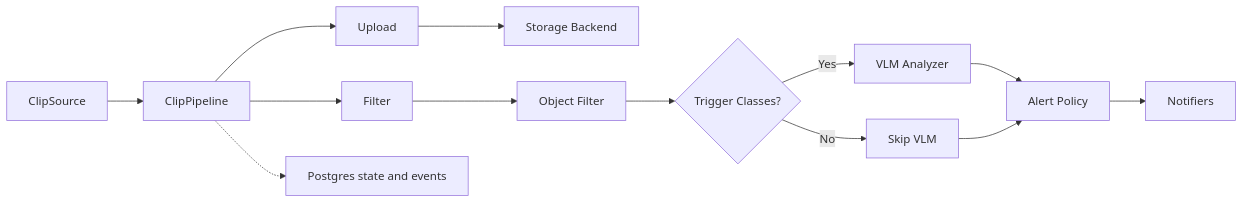
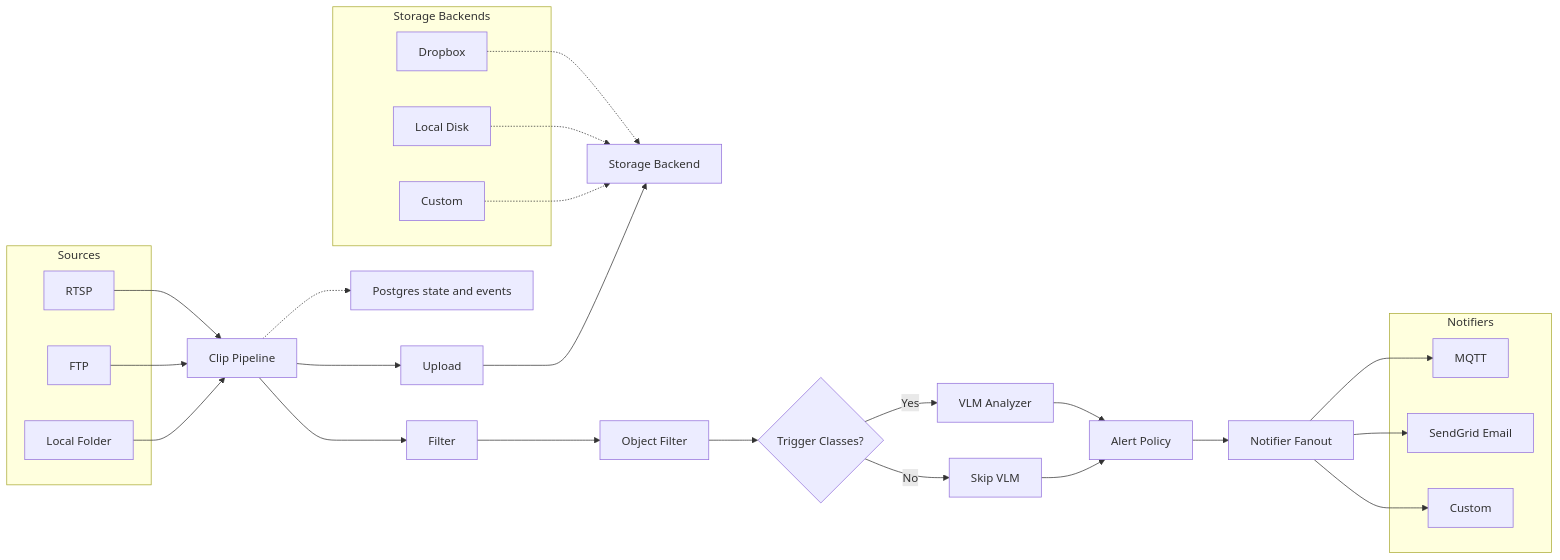
The first of 2 diagrams in README.md (lan17/homesec), drawn with Mermaid before and after one commit.

Commit message:
Multiple

````diff
--- a/README.md
+++ b/README.md
@@ -26,15 +26,45 @@
 ```mermaid
 flowchart LR
-    A[ClipSource] --> B[ClipPipeline]
-    B --> C1[Upload]
-    B --> C2[Filter]
-    C1 --> D[Storage Backend]
-    C2 --> E[Object Filter]
-    E --> F{Trigger Classes?}
-    F -->|Yes| G[VLM Analyzer]
-    F -->|No| H[Skip VLM]
-    G --> I[Alert Policy]
-    H --> I
-    I --> J[Notifiers]
-    B -.-> K[Postgres state and events]
+    subgraph Sources
+        S1[RTSP]
+        S2[FTP]
+        S3[Local Folder]
+    end
+
+    S1 --> P[Clip Pipeline]
+    S2 --> P
+    S3 --> P
+
+    P --> U[Upload]
+    P --> F[Filter]
+
+    subgraph Storage Backends
+        D1[Dropbox]
+        D2[Local Disk]
+        D3[Custom]
+    end
+    D1 -.-> SB[Storage Backend]
+    D2 -.-> SB
+    D3 -.-> SB
+    U --> SB
+
+    F --> OF[Object Filter]
+    OF --> T{Trigger Classes?}
+    T -->|Yes| V[VLM Analyzer]
+    T -->|No| SK[Skip VLM]
+    V --> AP[Alert Policy]
+    SK --> AP
+
+    AP --> N[Notifier Fanout]
+
+    subgraph Notifiers
+        N1[MQTT]
+        N2[SendGrid Email]
+        N3[Custom]
+    end
+    N --> N1
+    N --> N2
+    N --> N3
+
+    P -.-> DB[Postgres state and events]
 ```
````
